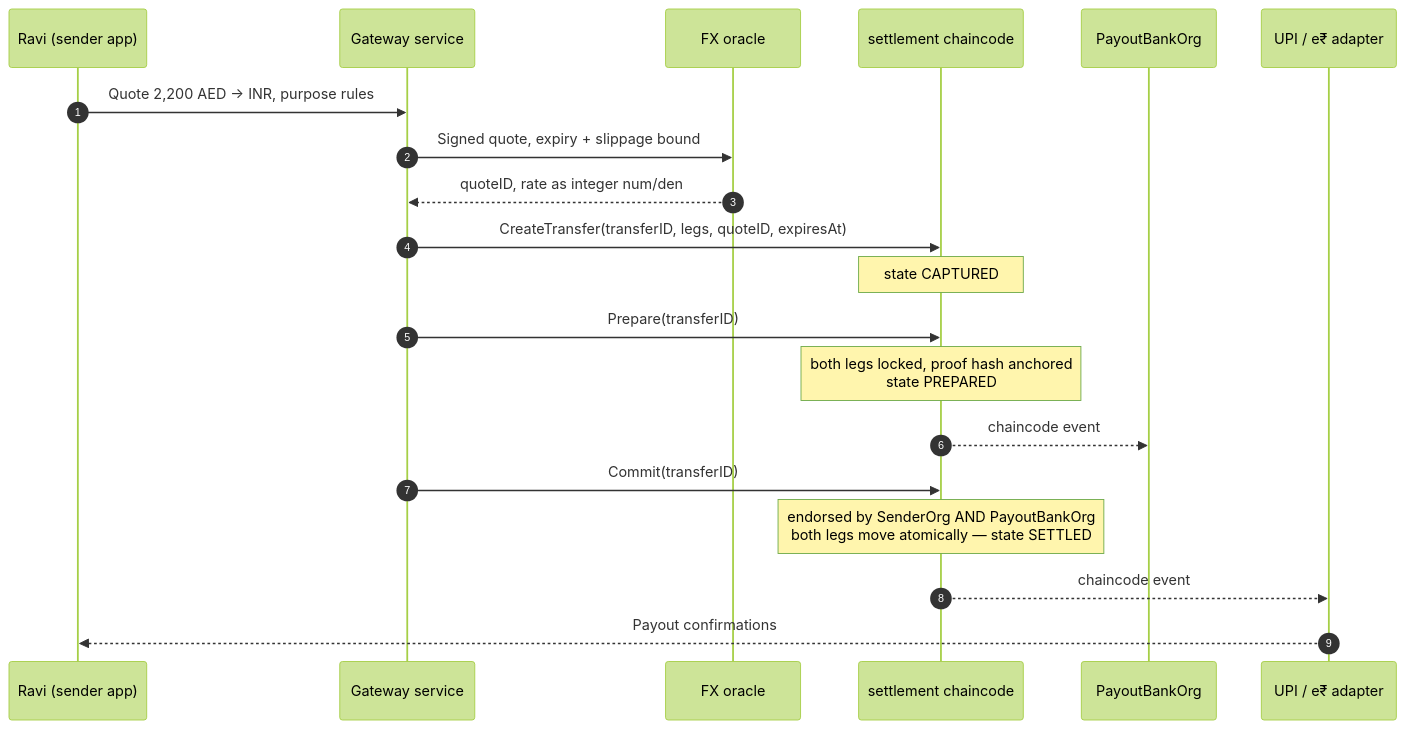
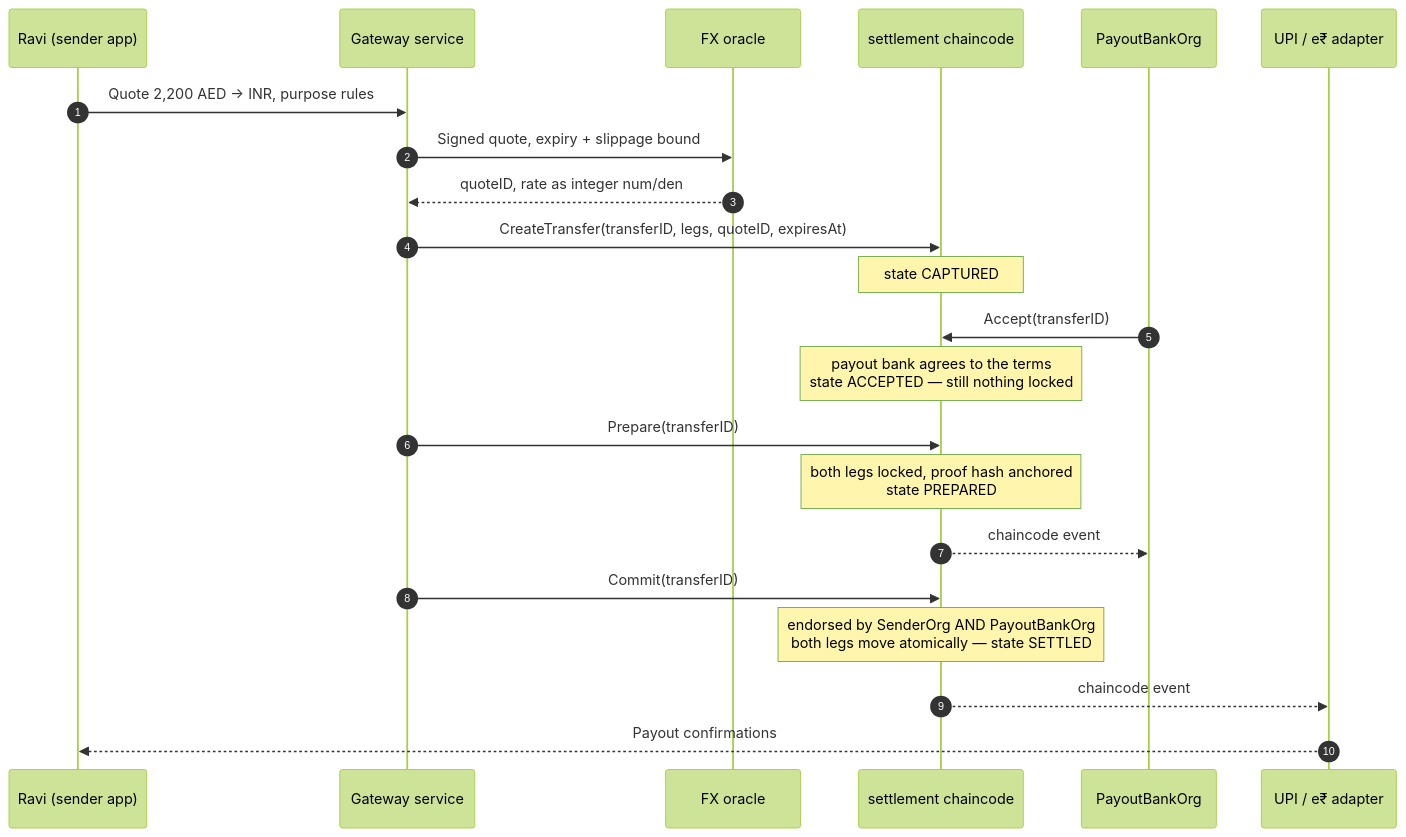
The second of 2 diagrams in docs/ARCHITECTURE.md (jeswintobias/Tributary-Pilot), drawn with Mermaid (forest theme) before and after one commit. The commit also changed other lines of this file and 13 other files, not shown here.

````diff
--- a/docs/ARCHITECTURE.md
+++ b/docs/ARCHITECTURE.md
@@ -122,23 +122,25 @@
 ```mermaid
 sequenceDiagram
     autonumber
     participant R as Ravi (sender app)
     participant G as Gateway service
     participant X as FX oracle
     participant SC as settlement chaincode
     participant PB as PayoutBankOrg
     participant U as UPI / e₹ adapter
 
     R->>G: Quote 2,200 AED → INR, purpose rules
     G->>X: Signed quote, expiry + slippage bound
     X-->>G: quoteID, rate as integer num/den
     G->>SC: CreateTransfer(transferID, legs, quoteID, expiresAt)
     Note over SC: state CAPTURED
+    PB->>SC: Accept(transferID)
+    Note over SC: payout bank agrees to the terms<br/>state ACCEPTED — still nothing locked
     G->>SC: Prepare(transferID)
     Note over SC: both legs locked, proof hash anchored<br/>state PREPARED
     SC-->>PB: chaincode event
     G->>SC: Commit(transferID)
     Note over SC: endorsed by SenderOrg AND PayoutBankOrg<br/>both legs move atomically — state SETTLED
     SC-->>U: chaincode event
     U-->>R: Payout confirmations
 ```
````
